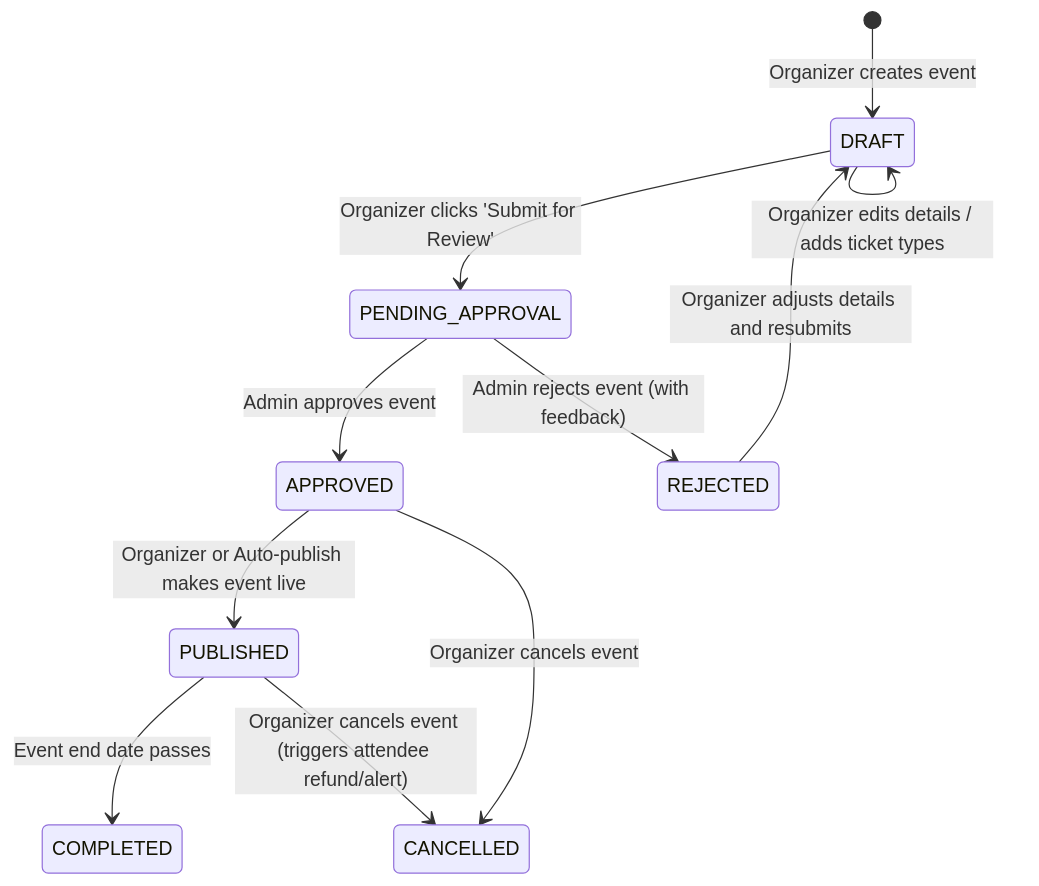
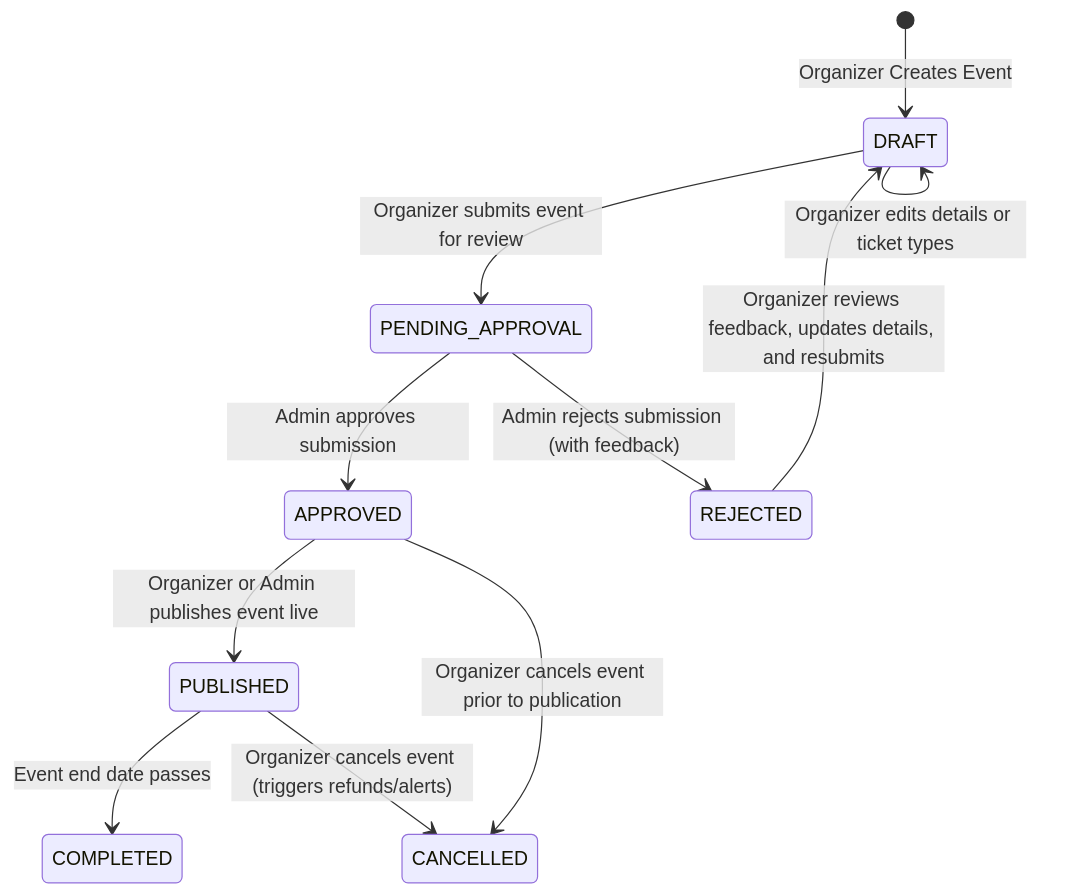
The fifth of 10 diagrams in docs/flows.md (meiyarasam/eventra-event-booking), drawn with Mermaid before and after one commit. The commit also changed other lines of this file and 5 other files, not shown here.

````diff
--- a/docs/flows.md
+++ b/docs/flows.md
@@ -84,17 +177,17 @@
 ```mermaid
 stateDiagram-v2
-    [*] --> DRAFT: Organizer creates event
-    DRAFT --> DRAFT: Organizer edits details / adds ticket types
-    DRAFT --> PENDING_APPROVAL: Organizer clicks 'Submit for Review'
+    [*] --> DRAFT: Organizer Creates Event
+    DRAFT --> DRAFT: Organizer edits details or ticket types
+    DRAFT --> PENDING_APPROVAL: Organizer submits event for review
     
-    PENDING_APPROVAL --> APPROVED: Admin approves event
-    PENDING_APPROVAL --> REJECTED: Admin rejects event (with feedback)
+    PENDING_APPROVAL --> APPROVED: Admin approves submission
+    PENDING_APPROVAL --> REJECTED: Admin rejects submission (with feedback)
     
-    REJECTED --> DRAFT: Organizer adjusts details and resubmits
+    REJECTED --> DRAFT: Organizer reviews feedback, updates details, and resubmits
     
-    APPROVED --> PUBLISHED: Organizer or Auto-publish makes event live
+    APPROVED --> PUBLISHED: Organizer or Admin publishes event live
     
     PUBLISHED --> COMPLETED: Event end date passes
-    PUBLISHED --> CANCELLED: Organizer cancels event (triggers attendee refund/alert)
-    APPROVED --> CANCELLED: Organizer cancels event
+    PUBLISHED --> CANCELLED: Organizer cancels event (triggers refunds/alerts)
+    APPROVED --> CANCELLED: Organizer cancels event prior to publication
 ```
````
